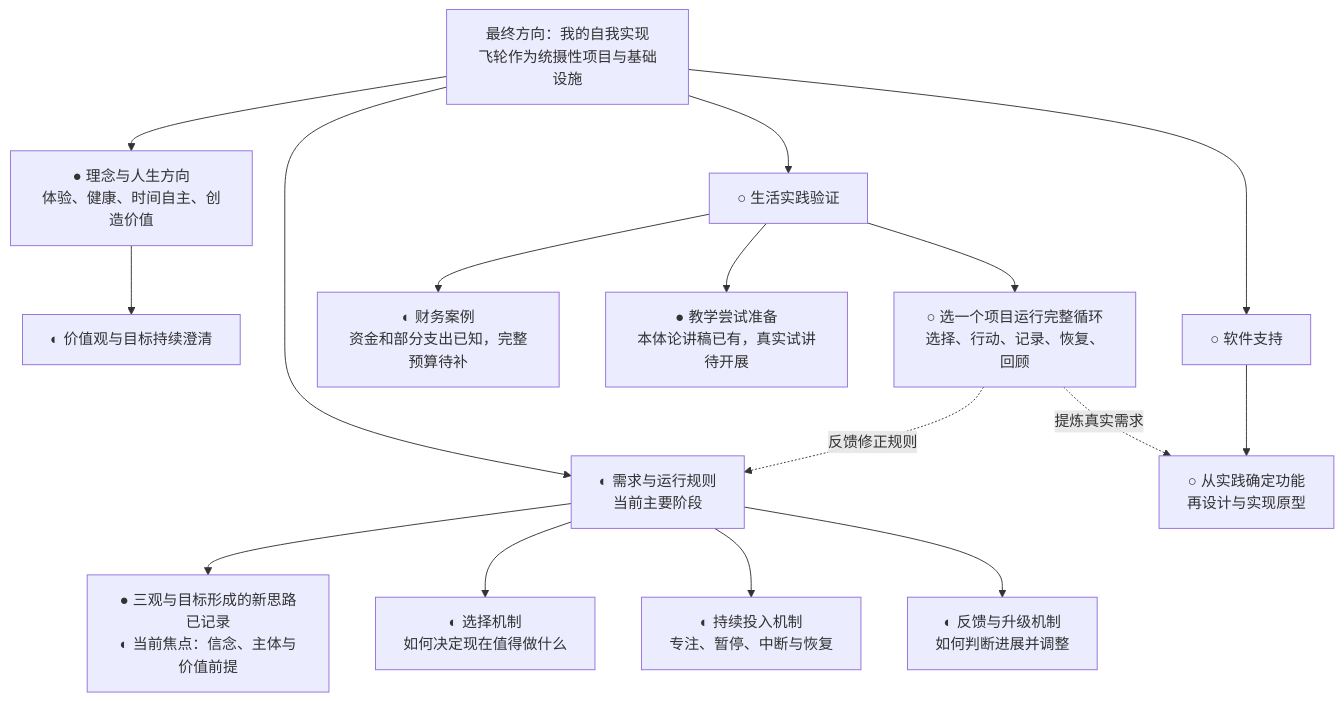
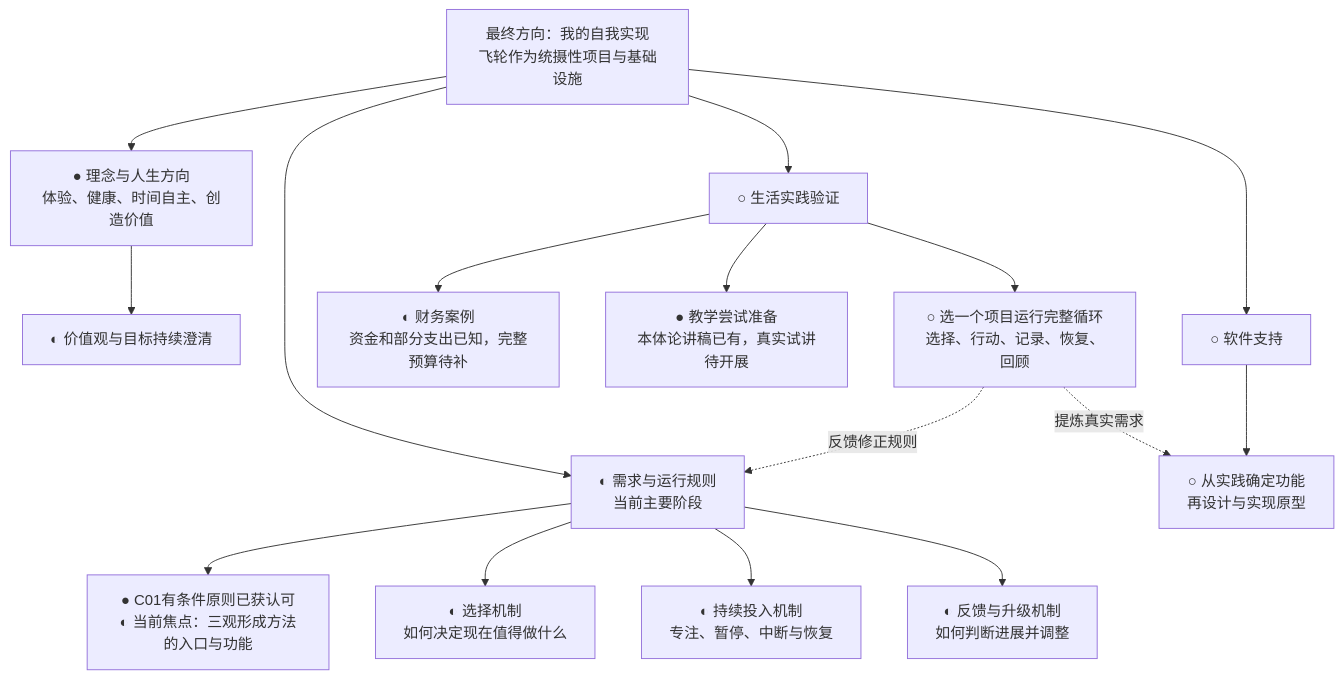
Before and after one commit to fangjiaqi2023-jpg/life-flywheel: the first of 2 diagrams in 项目/人生飞轮/项目推进图.md, drawn with Mermaid. The commit also changed other lines of this file, not shown here.

````diff
--- a/项目/人生飞轮/项目推进图.md
+++ b/项目/人生飞轮/项目推进图.md
@@ -11,22 +11,22 @@
 ```mermaid
 flowchart TD
     M[最终方向：我的自我实现<br/>飞轮作为统摄性项目与基础设施]
     M --> A[● 理念与人生方向<br/>体验、健康、时间自主、创造价值]
     M --> B[◐ 需求与运行规则<br/>当前主要阶段]
     M --> C[○ 生活实践验证]
     M --> D[○ 软件支持]
 
     A --> A1[◐ 价值观与目标持续澄清]
-    B --> B0[● 三观与目标形成的新思路已记录<br/>◐ 当前焦点：信念、主体与价值前提]
+    B --> B0[● C01有条件原则已获认可<br/>◐ 当前焦点：三观形成方法的入口与功能]
     B --> B1[◐ 选择机制<br/>如何决定现在值得做什么]
     B --> B2[◐ 持续投入机制<br/>专注、暂停、中断与恢复]
     B --> B3[◐ 反馈与升级机制<br/>如何判断进展并调整]
 
     C --> C1[◐ 财务案例<br/>资金和部分支出已知，完整预算待补]
     C --> C2[● 教学尝试准备<br/>本体论讲稿已有，真实试讲待开展]
     C --> C3[○ 选一个项目运行完整循环<br/>选择、行动、记录、恢复、回顾]
     D --> D1[○ 从实践确定功能<br/>再设计与实现原型]
 
     C3 -.反馈修正规则.-> B
     C3 -.提炼真实需求.-> D1
 ```
````
